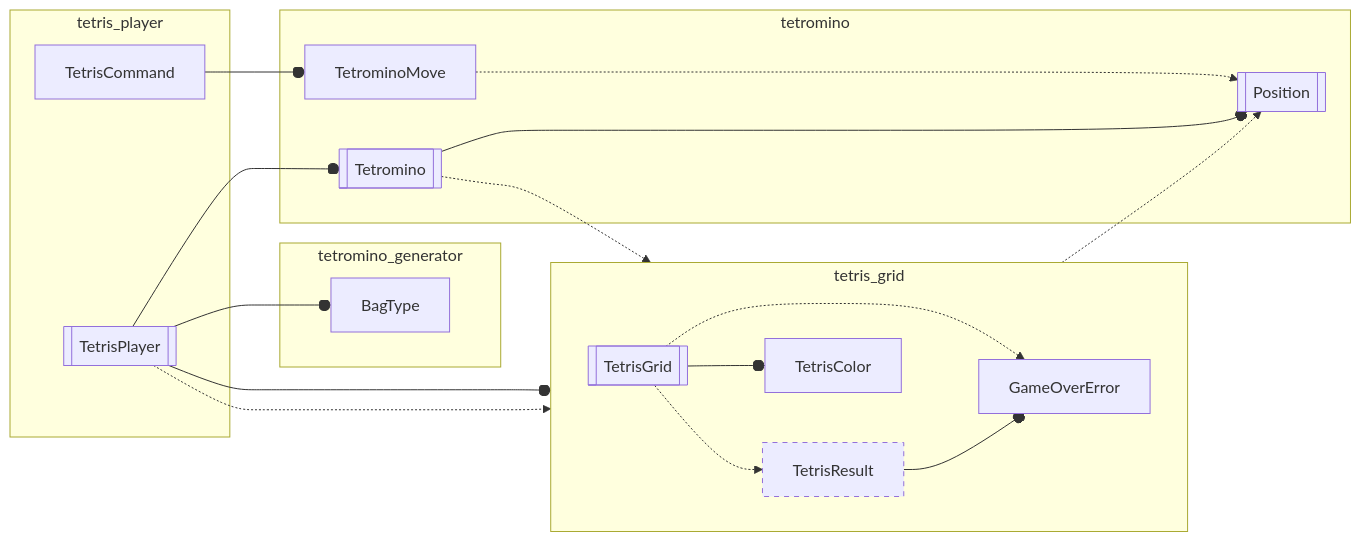
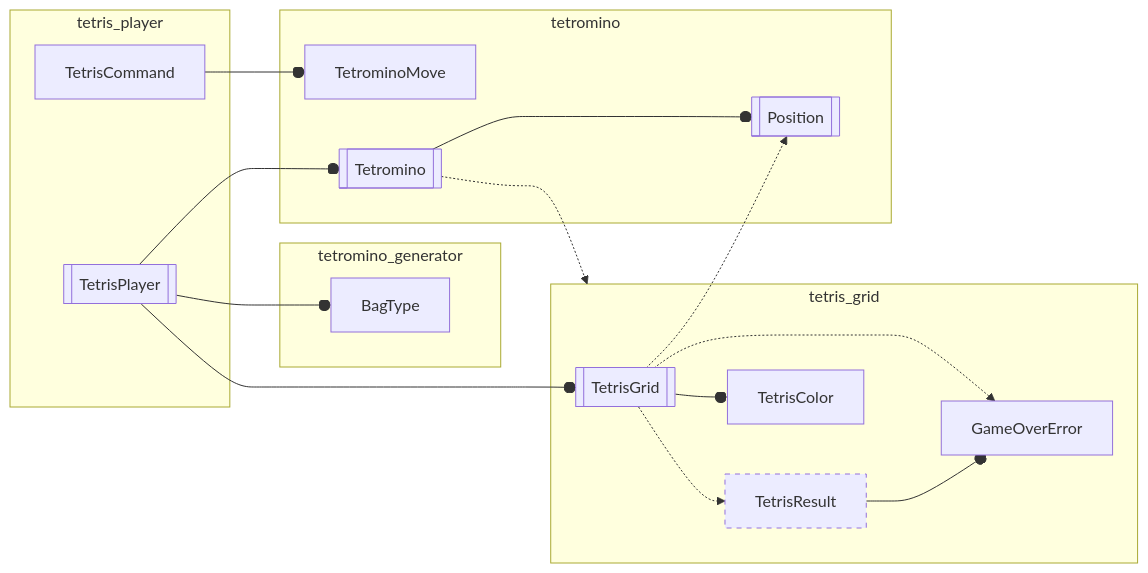
Before and after one commit to inesvar/tetris: the diagram in tetris_core/src/tetris_core.mmd, drawn with Mermaid. The commit also changed 12 other files, not shown here.

```diff
--- a/tetris_core/src/tetris_core.mmd
+++ b/tetris_core/src/tetris_core.mmd
@@ -1,43 +1,41 @@
 graph LR
     %% objects
     BagType[BagType]
     TetrominoMove[TetrominoMove]
     TetrisGrid[[TetrisGrid]]
     GameOverError[GameOverError]
     TetrisResult[TetrisResult]
     Tetromino[[Tetromino]]
     Position[[Position]]
     TetrisColor[TetrisColor]
     TetrisPlayer[[TetrisPlayer]]
     TetrisCommand[TetrisCommand]
 
     subgraph tetris_player
         TetrisPlayer
         TetrisCommand
     end
     TetrisPlayer --o TetrisGrid
     TetrisPlayer --o Tetromino
     TetrisCommand --o TetrominoMove
-    TetrisPlayer -.-> TetrisResult
     TetrisPlayer --o BagType
 
     subgraph tetromino_generator
         BagType
     end
 
     subgraph tetris_grid
-        direction LR
         TetrisGrid -.-> GameOverError
         TetrisGrid -.-> TetrisResult
         TetrisResult --o GameOverError
         TetrisGrid --o TetrisColor
     end
     Tetromino -.-> tetris_grid
     TetrisGrid -.-> Position
 
     subgraph tetromino
-        TetrominoMove -.-> Position
+        TetrominoMove
         Tetromino --o Position
     end
 
     style TetrisResult stroke-dasharray: 5 5;
```
